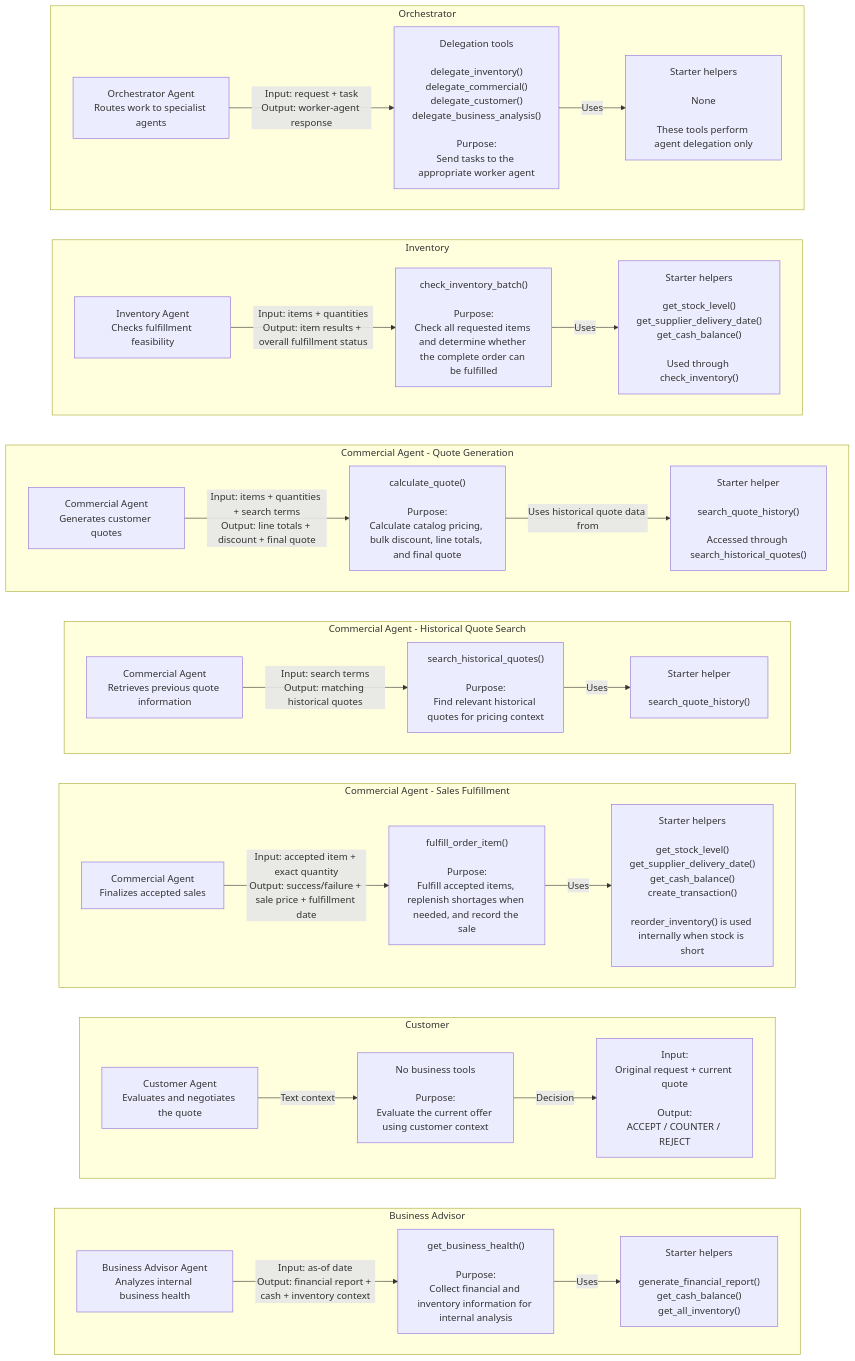
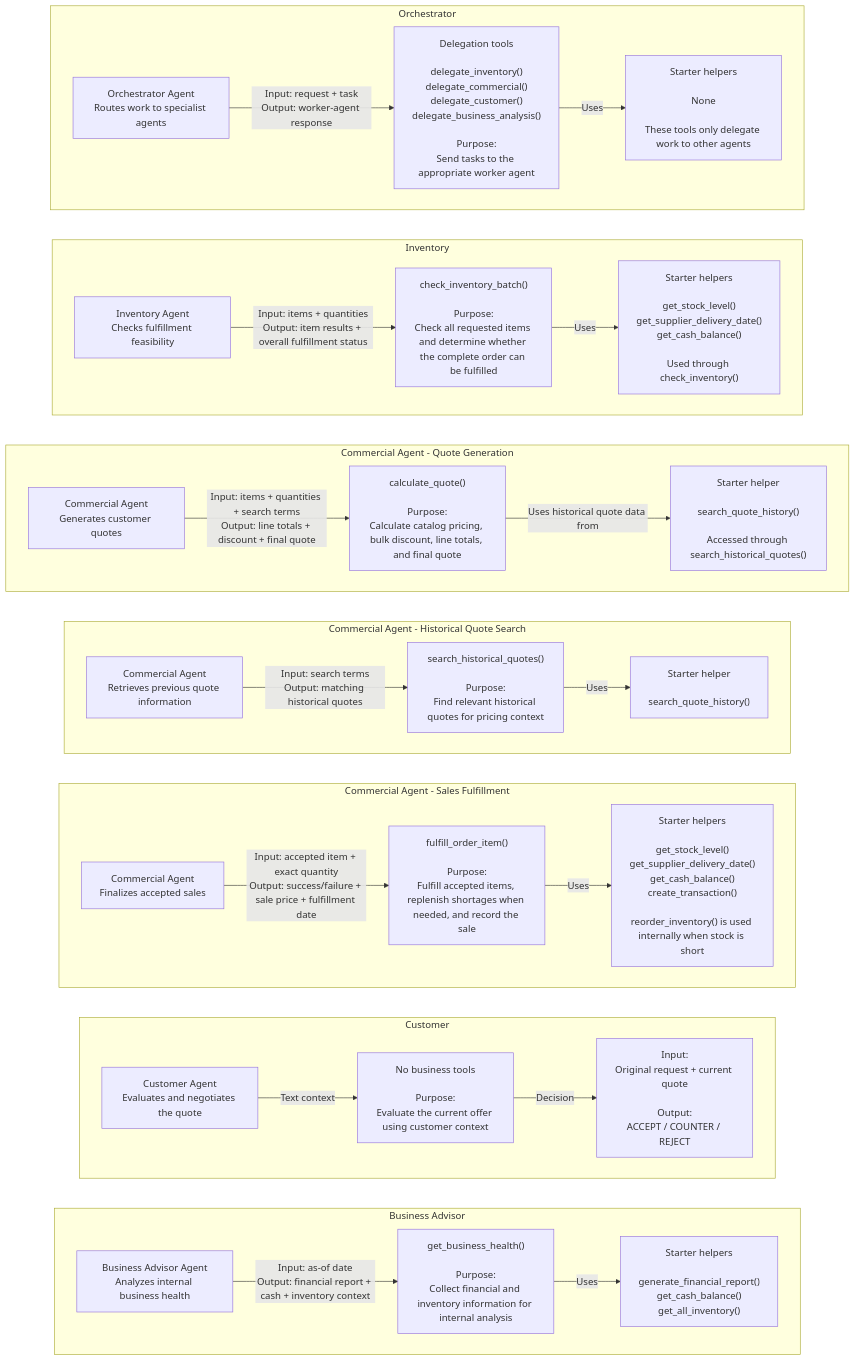
Before and after one commit to YukiUmetsu/inventory-quote-agents: the second of 2 diagrams in workflow_diagram.md, drawn with Mermaid. The commit also changed other lines of this file and 1 other file, not shown here.

Commit message:
fix notes and diagram again

```diff
--- a/workflow_diagram.md
+++ b/workflow_diagram.md
@@ -99,7 +101,7 @@
 
         OT["Delegation tools<br/><br/>delegate_inventory()<br/>delegate_commercial()<br/>delegate_customer()<br/>delegate_business_analysis()<br/><br/>Purpose:<br/>Send tasks to the appropriate worker agent"]
 
-        OH["Starter helpers<br/><br/>None<br/><br/>These tools perform agent delegation only"]
+        OH["Starter helpers<br/><br/>None<br/><br/>These tools only delegate work to other agents"]
 
         O -->|"Input: request + task<br/>Output: worker-agent response"| OT
         OT -->|"Uses"| OH
```
